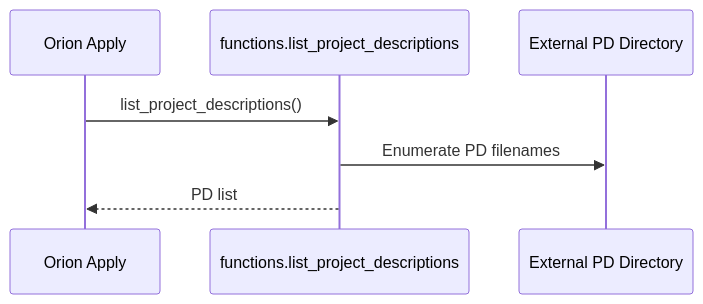
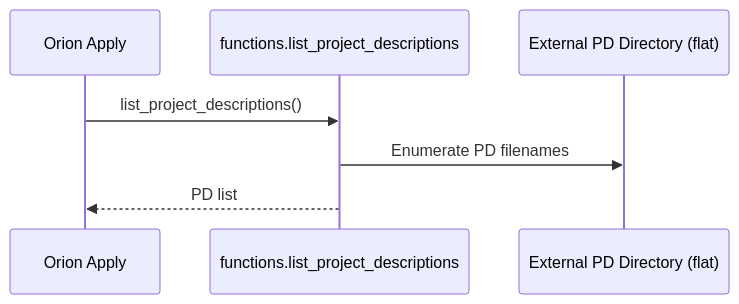
One commit to git-neka-ai/sutradhaar changed the fourth of 5 diagrams in Overview.md. Above: the diagram before and after it, drawn with Mermaid. The commit also changed other lines of this file, not shown here.

````diff
--- a/Overview.md
+++ b/Overview.md
@@ -113,10 +133,10 @@
 ```mermaid
 sequenceDiagram
   participant O as Orion Apply
   participant T as functions.list_project_descriptions
-  participant E as External PD Directory
+  participant E as External PD Directory (flat)
 
   O->>T: list_project_descriptions()
   T->>E: Enumerate PD filenames
   T-->>O: PD list
 ```
````
